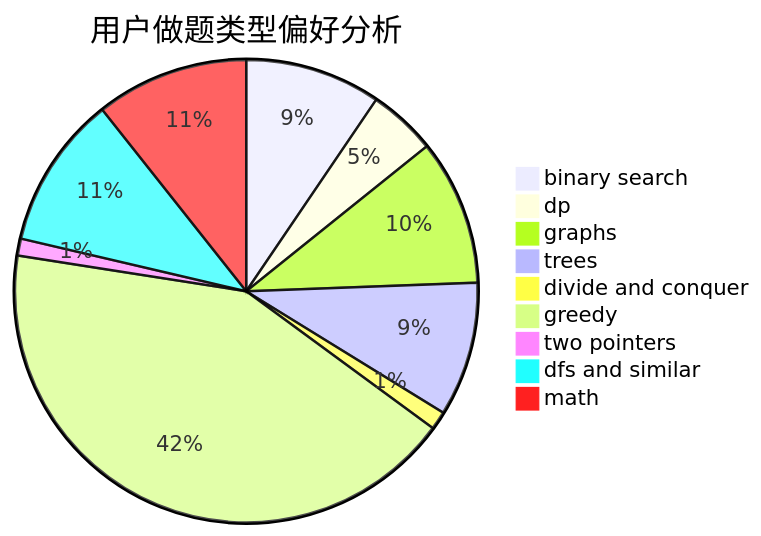
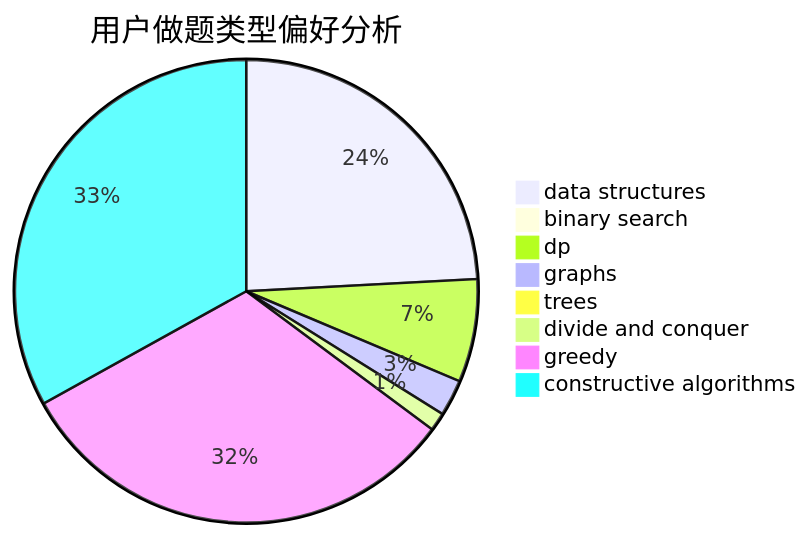
One commit to sherpahu/cfrs.github.io changed the second of 3 diagrams in docs/user/u701.md. Above: the diagram before and after it, drawn with Mermaid. The commit also changed other lines of this file and 2775 other files, not shown here.

````diff
--- a/docs/user/u701.md
+++ b/docs/user/u701.md
@@ -23,12 +23,11 @@
 ```mermaid
 pie title 用户做题类型偏好分析
-    "binary search" :  96
-    "dp" :  48
-    "graphs" :  103
-    "trees" :  95
-    "divide and conquer" :  13
-    "greedy" :  429
-    "two pointers" :  12
-    "dfs and similar" :  108
-    "math" :  108
+    "data structures" :  57
+    "binary search" :  1
+    "dp" :  17
+    "graphs" :  6
+    "trees" :  0
+    "divide and conquer" :  3
+    "greedy" :  75
+    "constructive algorithms" :  78
 ```
````
